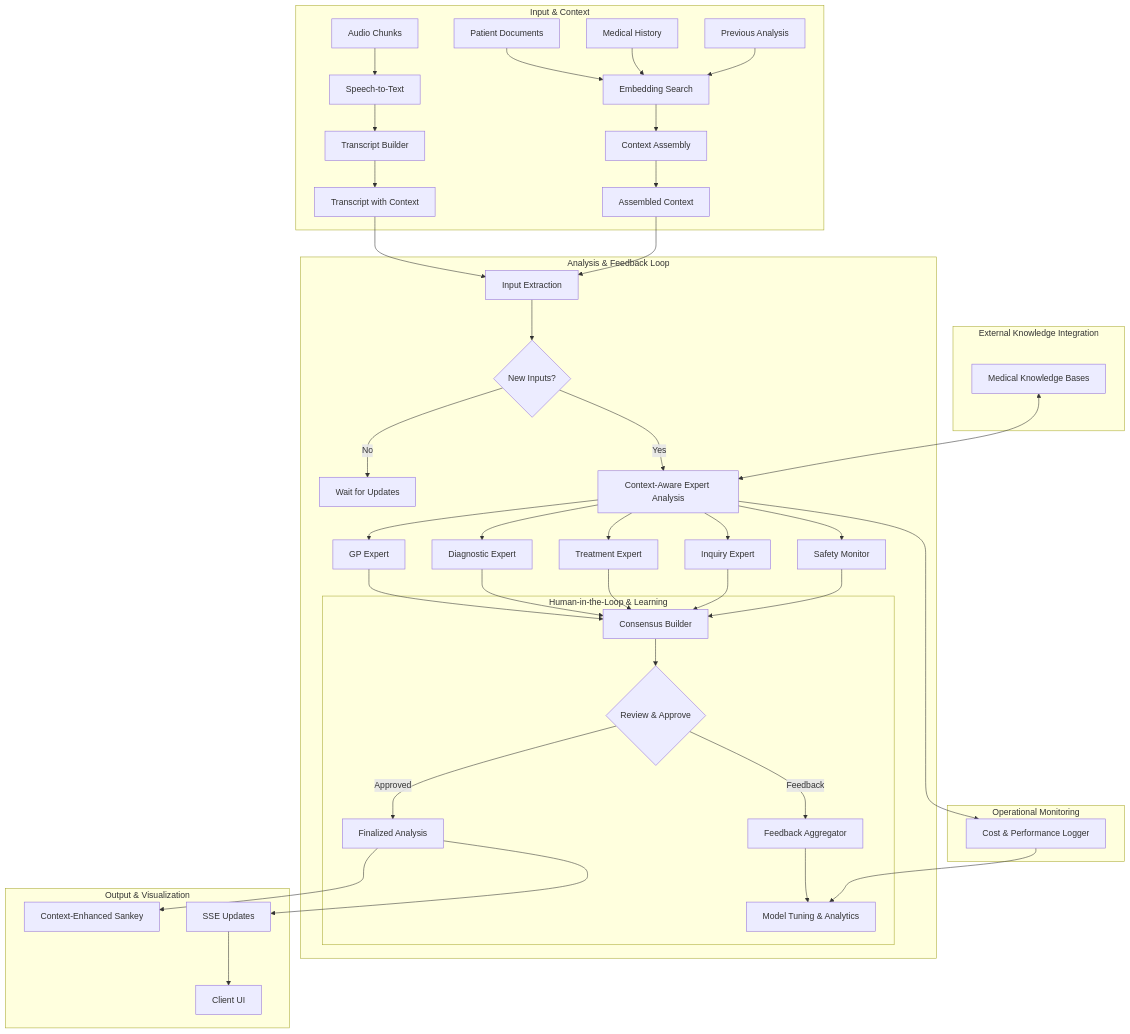
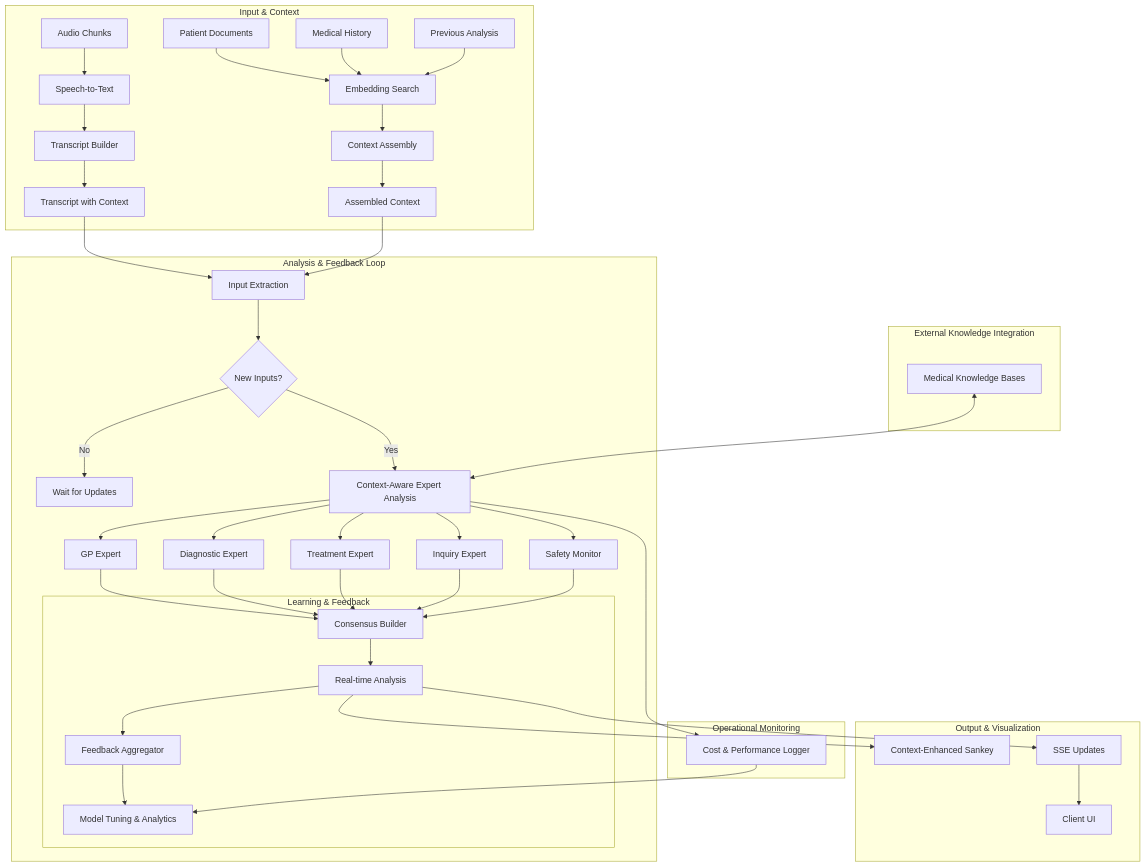
One commit to nxtwrld/aouros-www changed the diagram in AI_SESSION_WORKFLOW_SUGGESTION.md. Above: the diagram before and after it, drawn with Mermaid. The commit also changed other lines of this file and 2 other files, not shown here.

````diff
--- a/AI_SESSION_WORKFLOW_SUGGESTION.md
+++ b/AI_SESSION_WORKFLOW_SUGGESTION.md
@@ -108,55 +114,54 @@
 ```mermaid
 graph TB
     subgraph "Input & Context"
         A[Audio Chunks] --> B[Speech-to-Text]
         B --> C[Transcript Builder]
         C --> D[Transcript with Context]
         E[Patient Documents] --> F[Embedding Search]
         G[Medical History] --> F
         H[Previous Analysis] --> F
         F --> I[Context Assembly]
         I --> J[Assembled Context]
     end
 
     subgraph "Analysis & Feedback Loop"
         D --> K[Input Extraction]
         J --> K
         K --> L{New Inputs?}
         L -->|No| M[Wait for Updates]
         L -->|Yes| N[Context-Aware Expert Analysis]
 
         N --> O[GP Expert]
         N --> P[Diagnostic Expert]
         N --> Q[Treatment Expert]
         N --> R[Inquiry Expert]
         N --> S[Safety Monitor]
 
-        subgraph "Human-in-the-Loop & Learning"
-            T --> U{Review & Approve}
-            U -->|Approved| V[Finalized Analysis]
-            U -->|Feedback| W[Feedback Aggregator]
+        subgraph "Learning & Feedback"
+            T --> V[Real-time Analysis]
+            V --> W[Feedback Aggregator]
             W --> X[Model Tuning & Analytics]
         end
 
         O --> T[Consensus Builder]
         P --> T
         Q --> T
         R --> T
         S --> T
     end
 
     subgraph "Operational Monitoring"
         N --> Y[Cost & Performance Logger]
         Y --> X
     end
 
     subgraph "Output & Visualization"
         V --> Z[Context-Enhanced Sankey]
         V --> AA[SSE Updates]
         AA --> BB[Client UI]
     end
 
     subgraph "External Knowledge Integration"
         CC[Medical Knowledge Bases] <--> N
     end
 ```
````
